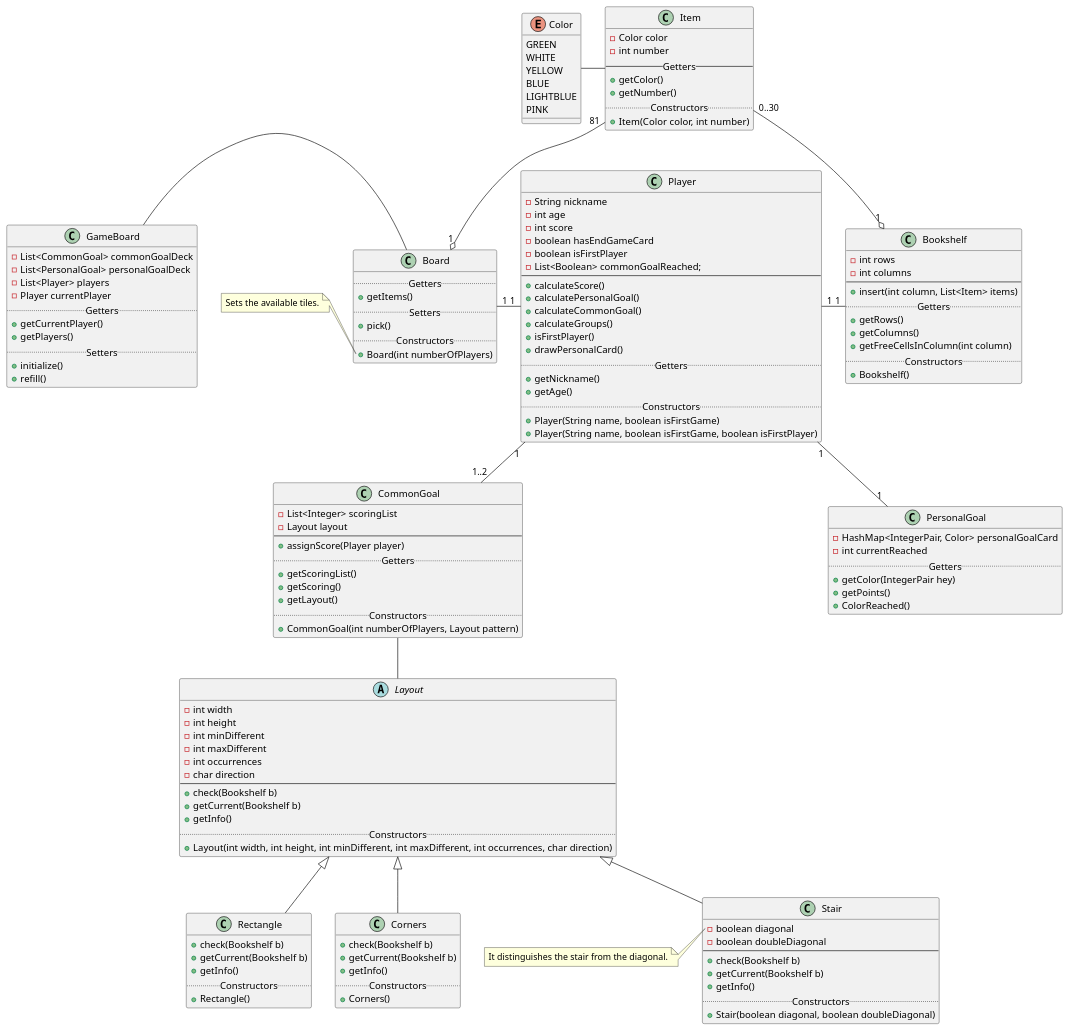
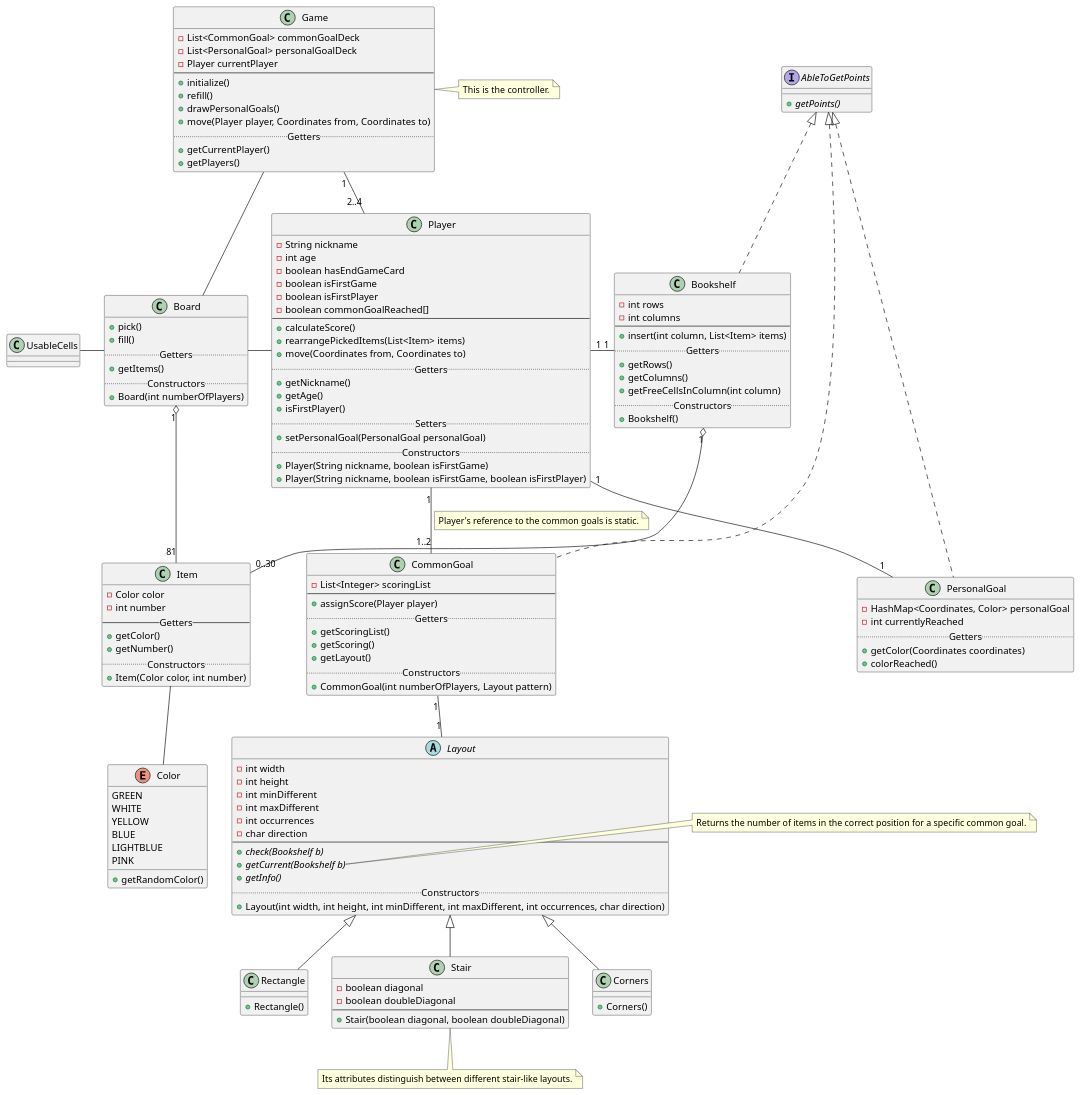
The diagram in docs/Initial class diagram.puml (dltmtt/IS23-AM13), drawn with PlantUML before and after one commit.

Commit message:
Changes according to the feedback received in the lab
The controller is now more recognizable and has methods which call other classes' methods.
The diagram has been reorganized.
Missing methods have been added, others have been moved in abstract classes/interfaces.
More sensible names have been adopted.

```diff
--- a/docs/Initial class diagram.puml
+++ b/docs/Initial class diagram.puml
@@ -1,187 +1,167 @@
 @startuml
-'The controller will receiver the move command from the client and
-'will call remove and insert on the board and the bookshelf.
-'The link Board-Player is a static list.
-'The reference to CommonGoal (a list of 1 or 2 elements) is static.
-'The checks, like Bookshelf's checkComplete, go in the client.
+'https://plantuml.com/class-diagram
+'https://plantuml.com/commons
 
-'TODO:
-'[ ] Consider adding a method setNickname.
-'[ ] Add a method drawCards.
-'[ ] Check when the board has to be refilled.
+Game -- Board
+Game "1" -- "2..4" Player
+Board - Player
+Board -left UsableCells
+Player "1" - "1" Bookshelf
+Player "1" -- "1" PersonalGoal
+Player "1" -- "1..2" CommonGoal
+note on link
+    Player's reference to the common goals is static.
+end note
+CommonGoal "1" -- "1" Layout
+Item -- Color
+Board "1" o-- "81" Item
+Bookshelf "1" o-- "0..30" Item
 
-class Board
-Player "1" -- "1..2" CommonGoal
-Player "1" -- "1" PersonalGoal
-Player "1" - "1" Bookshelf
-Board "1" - "1" Player
-Item "81" --o "1" Board
-Item "0..30" --o "1" Bookshelf
-Color - Item
-CommonGoal -- Layout
-GameBoard - Board
+class Game {
+    -List<CommonGoal> commonGoalDeck
+    -List<PersonalGoal> personalGoalDeck
+    -Player currentPlayer
+    ----
+    +initialize()
+    +refill()
+    +drawPersonalGoals()
+    +move(Player player, Coordinates from, Coordinates to)
+    .. Getters ..
+    +getCurrentPlayer()
+    +getPlayers()
+}
+
+note right : This is the controller.
 
 class Item {
     -Color color
     -int number
     -- Getters --
     +getColor()
     +getNumber()
     .. Constructors ..
     +Item(Color color, int number)
 }
 
-class PersonalGoal {
-    -HashMap<IntegerPair, Color> personalGoalCard
-    -int currentReached
+class Player {
+    -String nickname
+    -int age
+    -boolean hasEndGameCard
+    -boolean isFirstGame
+    -boolean isFirstPlayer
+    -boolean commonGoalReached[]
+    ----
+    +calculateScore()
+    +rearrangePickedItems(List<Item> items)
+    +move(Coordinates from, Coordinates to)
     .. Getters ..
-    +getColor(IntegerPair hey)
-    +getPoints()
-    +ColorReached()
+    +getNickname()
+    +getAge()
+    +isFirstPlayer()
+    .. Setters ..
+    +setPersonalGoal(PersonalGoal personalGoal)
+    .. Constructors ..
+    +Player(String nickname, boolean isFirstGame)
+    +Player(String nickname, boolean isFirstGame, boolean isFirstPlayer)
+}
+
+class Board {
+    +pick()
+    +fill()
+    .. Getters ..
+    +getItems()
+    .. Constructors ..
+    +Board(int numberOfPlayers)
+}
+
+interface AbleToGetPoints {
+    +{abstract} getPoints()
+}
+
+class PersonalGoal implements AbleToGetPoints {
+    -HashMap<Coordinates, Color> personalGoal
+    -int currentlyReached
+    .. Getters ..
+    +getColor(Coordinates coordinates)
+    +colorReached()
 }
 
 note left of PersonalGoal::reached
-    it indicates the number of cells filled with the "right colour"
+    It indicates the number of cells filled with the "right color"
 end note
 
 note right of PersonalGoal::goal
     The goal's configuration.
 end note
 
-class Player {
-    -String nickname
-    -int age
-    -int score
-    -boolean hasEndGameCard
-    -boolean isFirstPlayer
-    -List<Boolean> commonGoalReached;
-    ----
-    +calculateScore()
-    +calculatePersonalGoal()
-    +calculateCommonGoal()
-    +calculateGroups()
-    +isFirstPlayer()
-    +drawPersonalCard()
-    .. Getters ..
-    +getNickname()
-    +getAge()
-    .. Constructors ..
-    +Player(String name, boolean isFirstGame)
-    +Player(String name, boolean isFirstGame, boolean isFirstPlayer)
-}
-
-class GameBoard {
-    -List<CommonGoal> commonGoalDeck
-    -List<PersonalGoal> personalGoalDeck
-    -List<Player> players
-    -Player currentPlayer
-    .. Getters ..
-    +getCurrentPlayer()
-    +getPlayers()
-    .. Setters ..
-    +initialize()
-    +refill()
-}
-
-class Board {
-    .. Getters ..
-    +getItems()
-    .. Setters ..
-    +pick()
-    .. Constructors ..
-    +Board(int numberOfPlayers)
-}
-
-note left of Board::Board
-    Sets the available tiles.
-end note
-
-class CommonGoal {
+class CommonGoal implements AbleToGetPoints {
     -List<Integer> scoringList
-    -Layout layout
     ----
     +assignScore(Player player)
     .. Getters ..
     +getScoringList()
     +getScoring()
     +getLayout()
     .. Constructors ..
     +CommonGoal(int numberOfPlayers, Layout pattern)
 }
 
 enum Color {
     GREEN
     WHITE
     YELLOW
     BLUE
     LIGHTBLUE
     PINK
+    +getRandomColor()
 }
 
-class Bookshelf {
+class Bookshelf implements AbleToGetPoints {
     -int rows
     -int columns
     ----
     +insert(int column, List<Item> items)
     .. Getters ..
     +getRows()
     +getColumns()
     +getFreeCellsInColumn(int column)
     .. Constructors ..
     +Bookshelf()
 }
 
 abstract Layout {
     -int width
     -int height
     -int minDifferent
     -int maxDifferent
     -int occurrences
     -char direction
     ----
-    +check(Bookshelf b)
-    +getCurrent(Bookshelf b)
-    +getInfo()
+    +{abstract} check(Bookshelf b)
+    +{abstract} getCurrent(Bookshelf b)
+    +{abstract} getInfo()
     .. Constructors ..
     +Layout(int width, int height, int minDifferent, int maxDifferent, int occurrences, char direction)
 }
 
-note right of Layout::rotate
-    Flag for possible rotation.
+note right of Layout::getCurrent
+    Returns the number of items in the correct position for a specific common goal.
 end note
 
-note right of Layout::getCurrent
-    Returns the number of instances currently occurring for the specific common goal.
-end note
-
-class Rectangle extends Layout{
-    +check(Bookshelf b)
-    +getCurrent(Bookshelf b)
-    +getInfo()
-    .. Constructors ..
+class Rectangle extends Layout {
     +Rectangle()
 }
 
-class Stair extends Layout{
+class Stair extends Layout {
     -boolean diagonal
     -boolean doubleDiagonal
     ----
-    +check(Bookshelf b)
-    +getCurrent(Bookshelf b)
-    +getInfo()
-    .. Constructors ..
     +Stair(boolean diagonal, boolean doubleDiagonal)
 }
 
-note left of Stair::diagonal
-    It distinguishes the stair from the diagonal.
-end note
+note bottom : Its attributes distinguish between different stair-like layouts.
 
-class Corners extends Layout{
-    +check(Bookshelf b)
-    +getCurrent(Bookshelf b)
-    +getInfo()
-    .. Constructors ..
+class Corners extends Layout {
     +Corners()
 }
 @enduml
```
